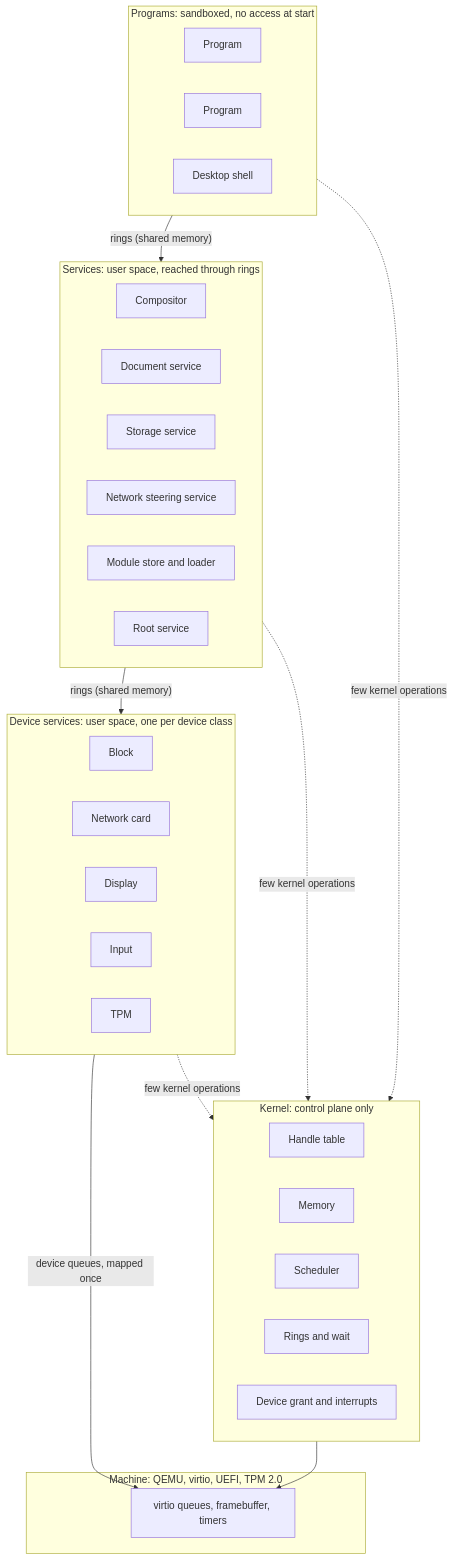
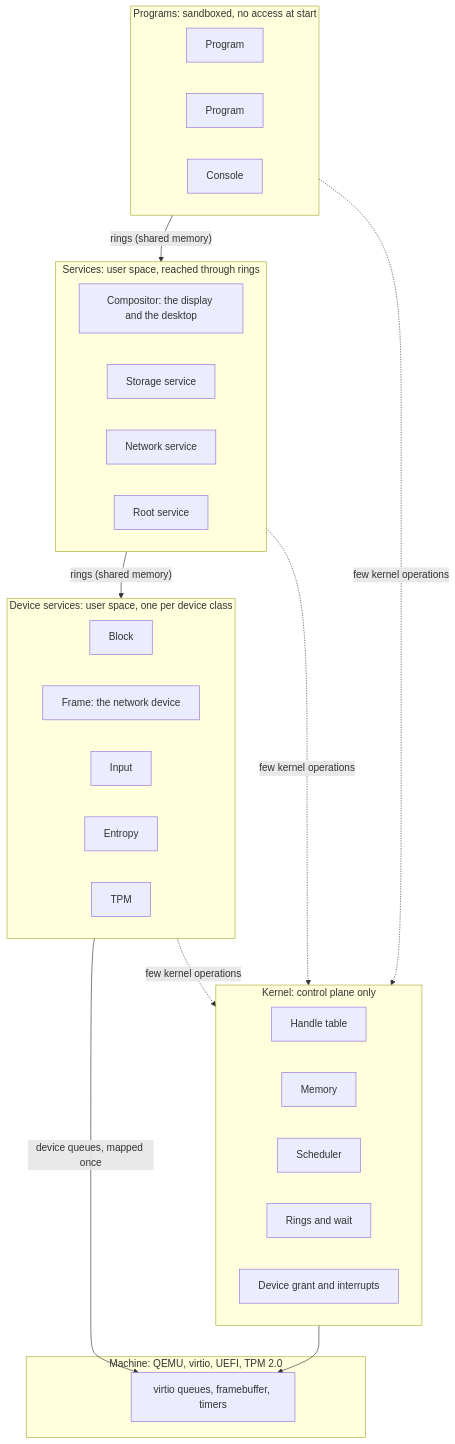
The first of 5 diagrams in docs/ARCHITECTURE.md (sachahjkl/modus), drawn with Mermaid before and after one commit. The commit also changed other lines of this file and 17 other files, not shown here.

````diff
--- a/docs/ARCHITECTURE.md
+++ b/docs/ARCHITECTURE.md
@@ -44,45 +44,43 @@
 ```mermaid
 flowchart TB
   subgraph programs["Programs: sandboxed, no access at start"]
     app1["Program"]
     app2["Program"]
-    shell["Desktop shell"]
+    console["Console"]
   end
 
   subgraph services["Services: user space, reached through rings"]
-    compositor["Compositor"]
-    documents["Document service"]
+    compositor["Compositor: the display and the desktop"]
     storage["Storage service"]
-    network["Network steering service"]
-    unitstore["Module store and loader"]
+    network["Network service"]
     root["Root service"]
   end
 
   subgraph devices["Device services: user space, one per device class"]
     blk["Block"]
-    net["Network card"]
-    gpu["Display"]
+    net["Frame: the network device"]
     input["Input"]
+    entropy["Entropy"]
     tpm["TPM"]
   end
 
   subgraph kernel["Kernel: control plane only"]
     handles["Handle table"]
     memory["Memory"]
     sched["Scheduler"]
     rings["Rings and wait"]
     devgrant["Device grant and interrupts"]
   end
 
   subgraph machine["Machine: QEMU, virtio, UEFI, TPM 2.0"]
     hw["virtio queues, framebuffer, timers"]
   end
 
   programs -- "rings (shared memory)" --> services
   services -- "rings (shared memory)" --> devices
   devices -- "device queues, mapped once" --> hw
   programs -. "few kernel operations" .-> kernel
   services -. "few kernel operations" .-> kernel
   devices -. "few kernel operations" .-> kernel
   kernel --> hw
 ```
````
